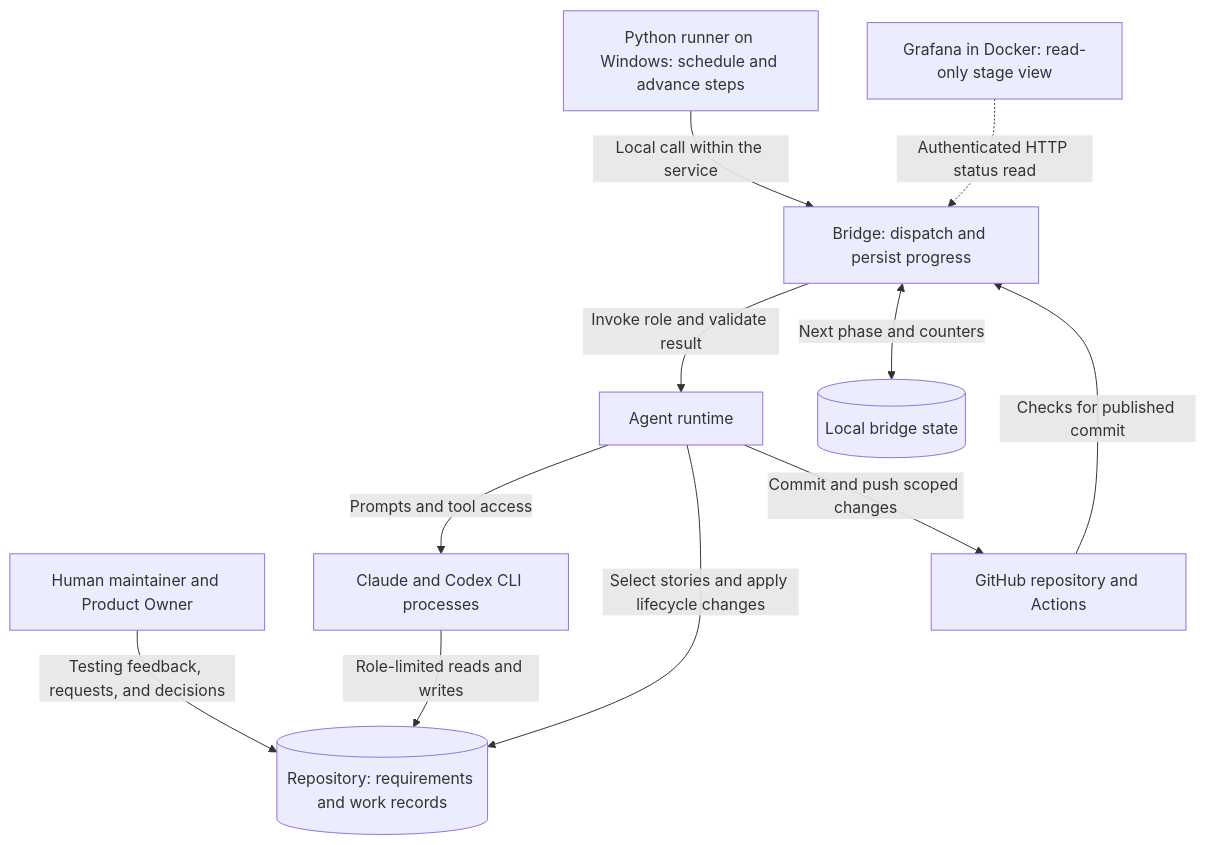
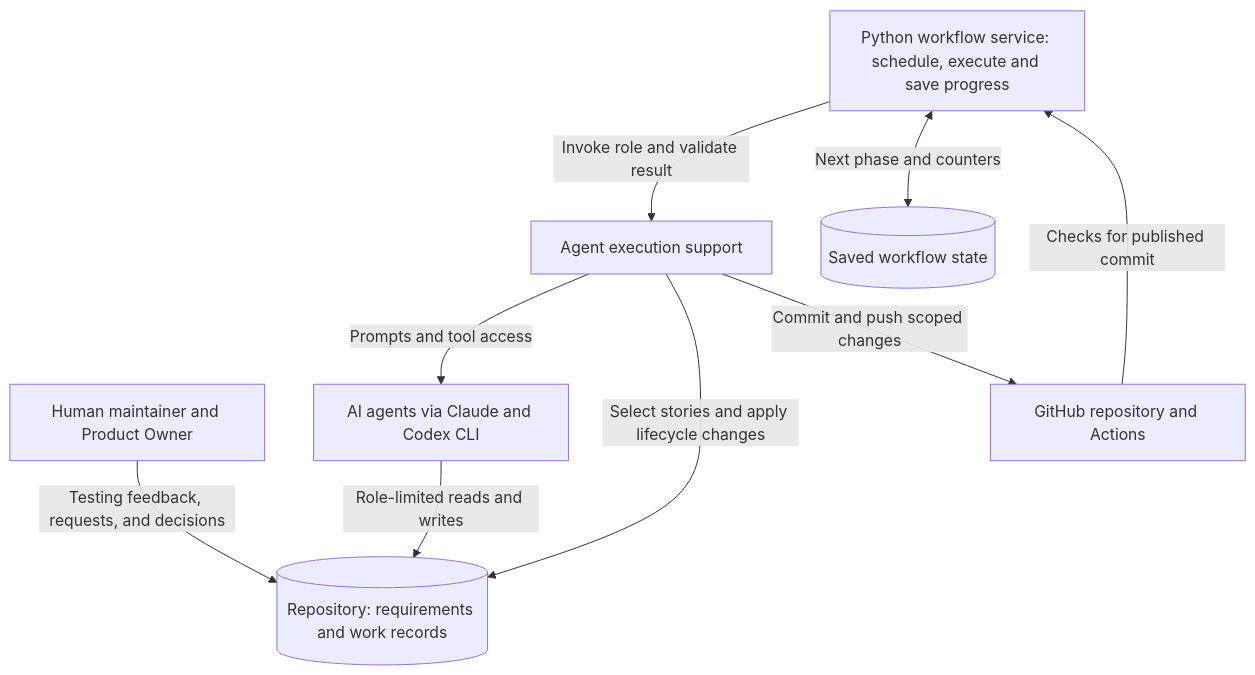
The diagram in agent/docs/ARCHITECTURE.md (Nebettadjsr/GW2), drawn with Mermaid before and after one commit. The commit also changed other lines of this file and 40 other files, not shown here.

Commit message:
refactor: rename bridge to workflow service and clarify orchestration docs

````diff
--- a/agent/docs/ARCHITECTURE.md
+++ b/agent/docs/ARCHITECTURE.md
@@ -13,13 +13,11 @@
 ```mermaid
 flowchart TB
     H[Human maintainer and Product Owner] -->|Testing feedback, requests, and decisions| R[(Repository: requirements and work records)]
-    N[Python runner on Windows: schedule and advance steps] -->|Local call within the service| B[Bridge: dispatch and persist progress]
-    V[Grafana in Docker: read-only stage view] -. Authenticated HTTP status read .-> B
-    B -->|Invoke role and validate result| T[Agent runtime]
-    T -->|Prompts and tool access| M[Claude and Codex CLI processes]
+    B[Python workflow service: schedule, execute and save progress] -->|Invoke role and validate result| T[Agent execution support]
+    T -->|Prompts and tool access| M[AI agents via Claude and Codex CLI]
     M -->|Role-limited reads and writes| R
     T -->|Select stories and apply lifecycle changes| R
-    B <-->|Next phase and counters| S[(Local bridge state)]
+    B <-->|Next phase and counters| S[(Saved workflow state)]
     T -->|Commit and push scoped changes| G[GitHub repository and Actions]
     G -->|Checks for published commit| B
 ```
````
